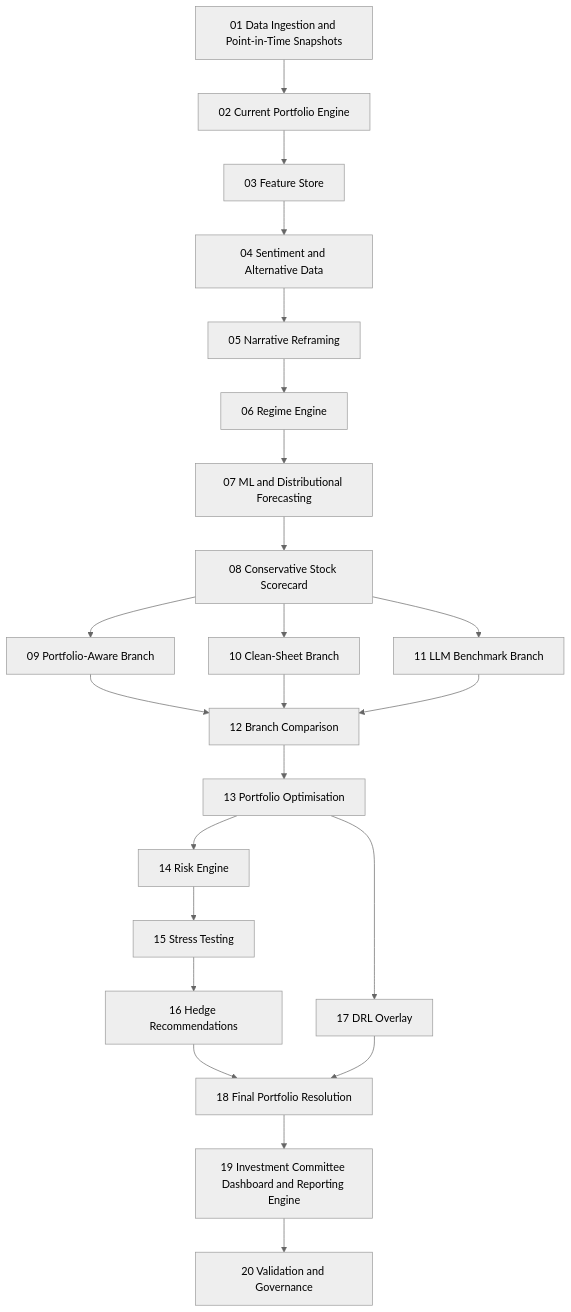
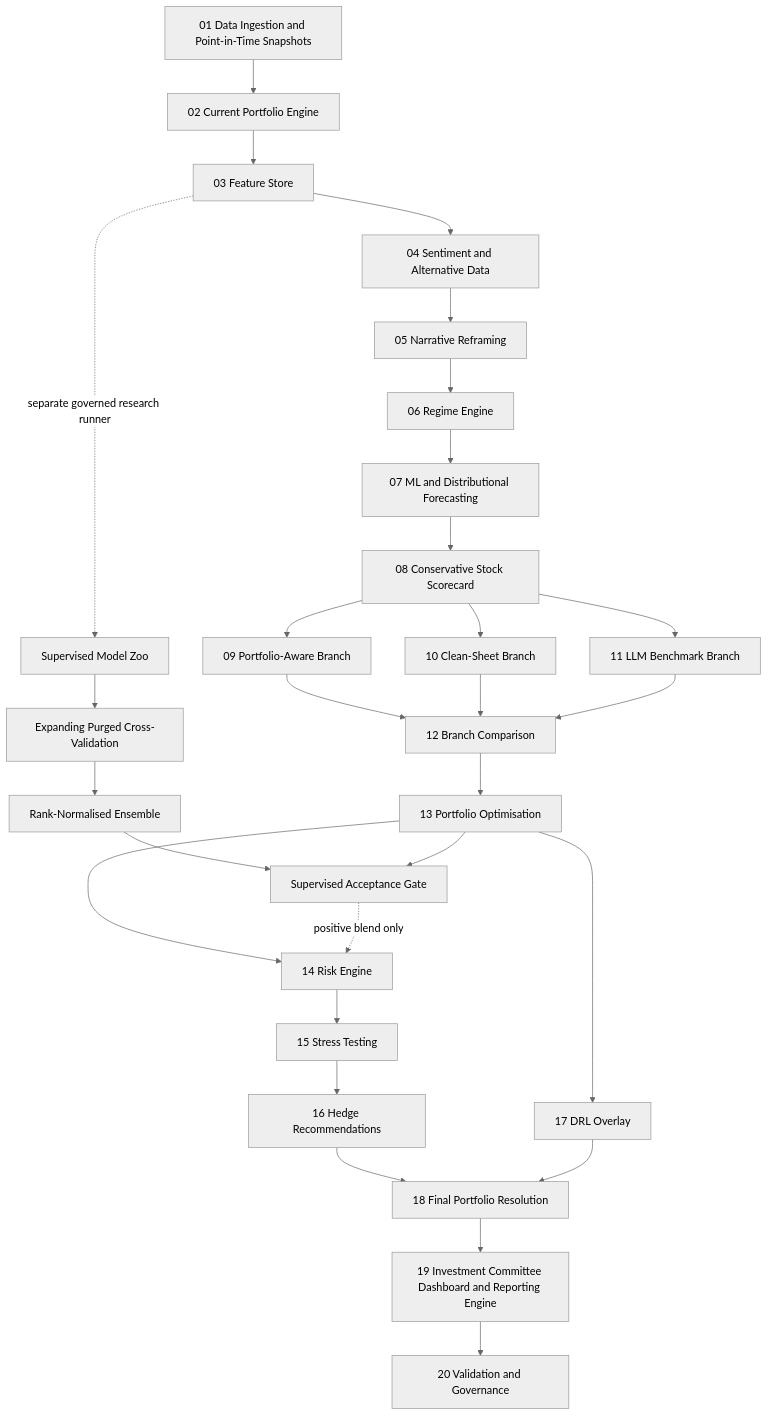
The second of 9 diagrams in docs/ARCHITECTURE_DIAGRAMS.md (rohen97/Quantitative-Optimisation-Risk-Engine), drawn with Mermaid (neutral theme) before and after one commit. The commit also changed other lines of this file and 11 other files, not shown here.

First line of the commit message:
Document supervised ML architecture and publish model comparison deck (#19)

````diff
--- a/docs/ARCHITECTURE_DIAGRAMS.md
+++ b/docs/ARCHITECTURE_DIAGRAMS.md
@@ -28,25 +32,32 @@
 ```mermaid
 flowchart TD
     S01[01 Data Ingestion and Point-in-Time Snapshots] --> S02[02 Current Portfolio Engine]
     S02 --> S03[03 Feature Store]
     S03 --> S04[04 Sentiment and Alternative Data]
     S04 --> S05[05 Narrative Reframing]
     S05 --> S06[06 Regime Engine]
     S06 --> S07[07 ML and Distributional Forecasting]
     S07 --> S08[08 Conservative Stock Scorecard]
     S08 --> S09[09 Portfolio-Aware Branch]
     S08 --> S10[10 Clean-Sheet Branch]
     S08 --> S11[11 LLM Benchmark Branch]
     S09 --> S12[12 Branch Comparison]
     S10 --> S12
     S11 --> S12
     S12 --> S13[13 Portfolio Optimisation]
     S13 --> S14[14 Risk Engine]
     S14 --> S15[15 Stress Testing]
     S15 --> S16[16 Hedge Recommendations]
     S13 --> S17[17 DRL Overlay]
     S16 --> S18[18 Final Portfolio Resolution]
     S17 --> S18
     S18 --> S19[19 Investment Committee Dashboard and Reporting Engine]
     S19 --> S20[20 Validation and Governance]
+
+    S03 -. separate governed research runner .-> MLZ[Supervised Model Zoo]
+    MLZ --> CV[Expanding Purged Cross-Validation]
+    CV --> ENS[Rank-Normalised Ensemble]
+    ENS --> GATE[Supervised Acceptance Gate]
+    S13 --> GATE
+    GATE -. positive blend only .-> S14
 ```
````
